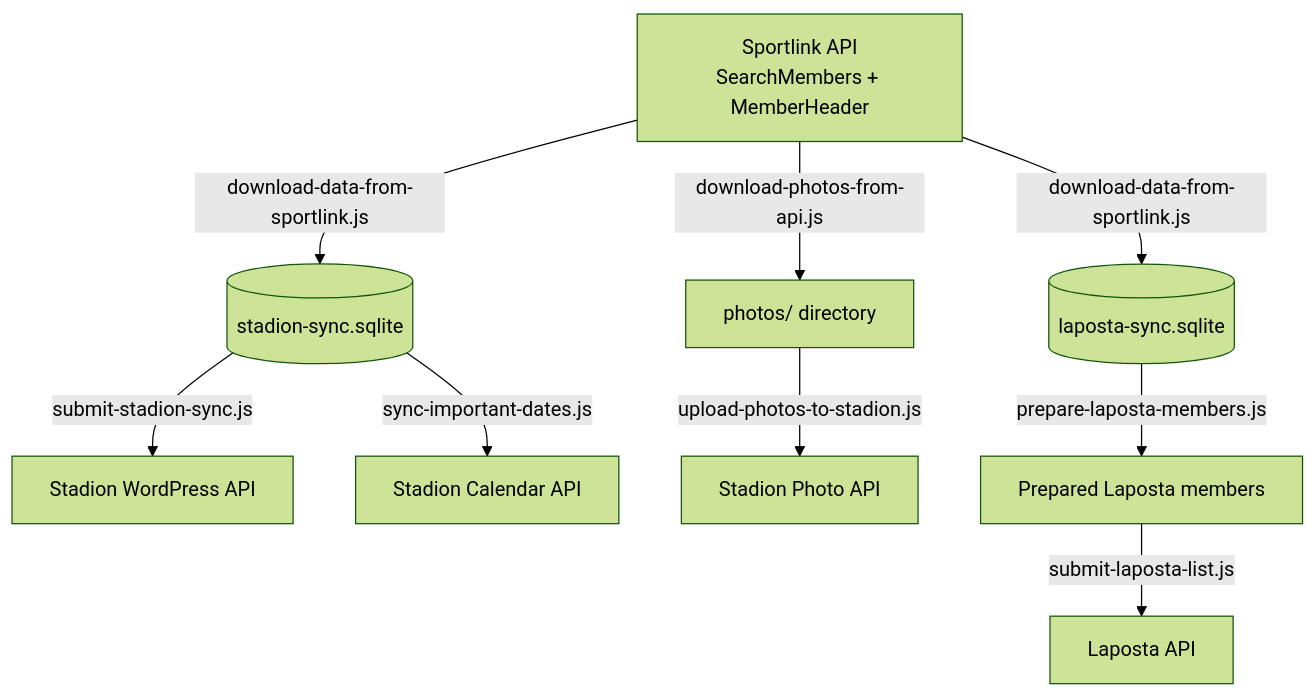
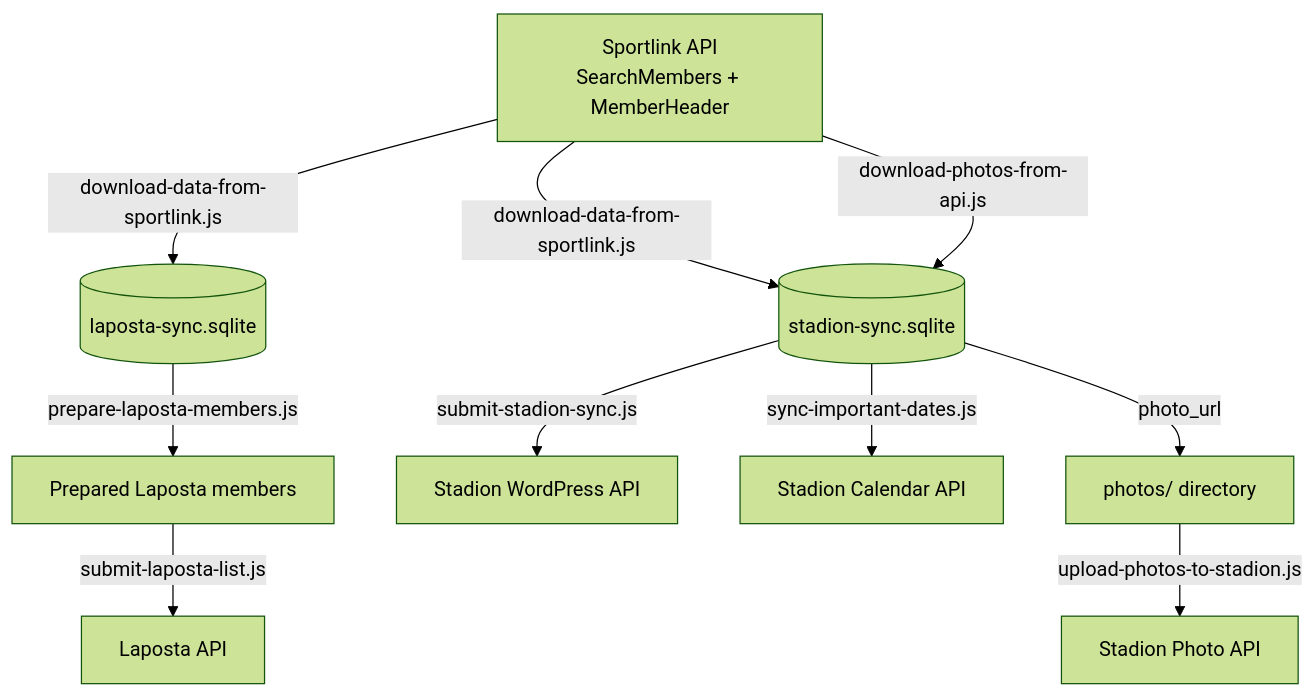
One commit to jdevalk/sportlink-sync changed the second of 9 diagrams in docs/sync-architecture.md. Above: the diagram before and after it, drawn with Mermaid (forest theme). The commit also changed other lines of this file and 2 other files, not shown here.

First line of the commit message:
docs: fix sync architecture accuracy

````diff
--- a/docs/sync-architecture.md
+++ b/docs/sync-architecture.md
@@ -74,19 +74,20 @@
 ```mermaid
 graph TD
     SL[Sportlink API<br>SearchMembers + MemberHeader]
     DB1[(laposta-sync.sqlite)]
     DB2[(stadion-sync.sqlite)]
     LP[Laposta API]
     ST[Stadion WordPress API]
     CAL[Stadion Calendar API]
     PH[Stadion Photo API]
 
     SL -->|download-data-from-sportlink.js| DB1
     SL -->|download-data-from-sportlink.js| DB2
     DB1 -->|prepare-laposta-members.js| LP_PREP[Prepared Laposta members]
     LP_PREP -->|submit-laposta-list.js| LP
     DB2 -->|submit-stadion-sync.js| ST
     DB2 -->|sync-important-dates.js| CAL
-    SL -->|download-photos-from-api.js| PHOTOS[photos/ directory]
+    SL -->|download-photos-from-api.js| DB2
+    DB2 -->|photo_url| PHOTOS[photos/ directory]
     PHOTOS -->|upload-photos-to-stadion.js| PH
 ```
````
